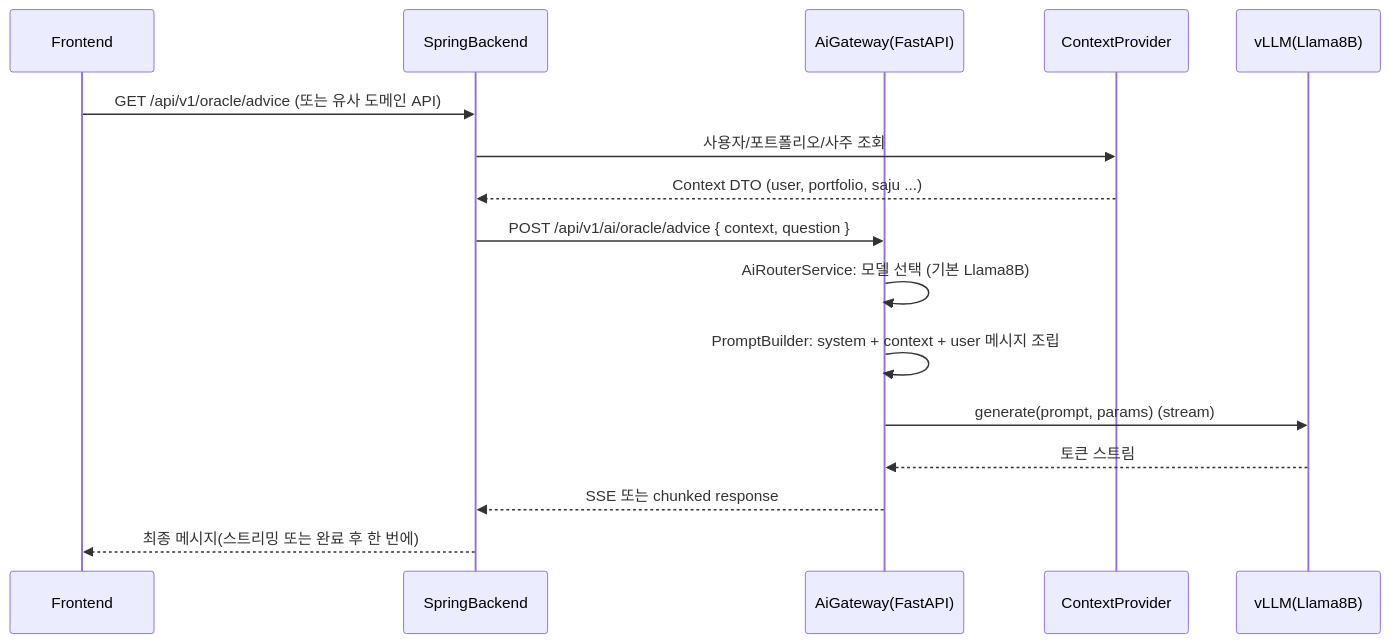
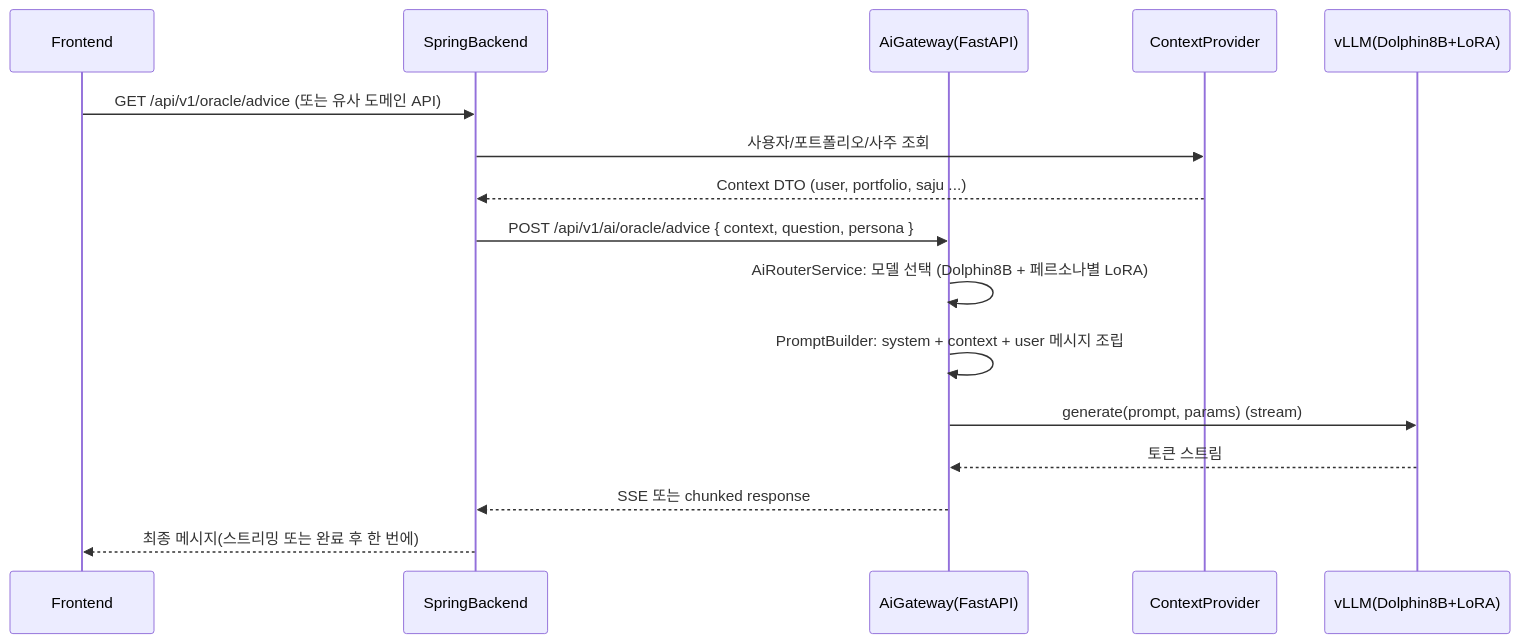
The second of 2 diagrams in docs/AI_SERVER_SPEC.md (madcamp02-web-project/madcamp02-Backend), drawn with Mermaid before and after one commit. The commit also changed other lines of this file and 7 other files, not shown here.

````diff
--- a/docs/AI_SERVER_SPEC.md
+++ b/docs/AI_SERVER_SPEC.md
@@ -127,19 +132,19 @@
 ```mermaid
 sequenceDiagram
   participant FE as Frontend
   participant SB as SpringBackend
   participant AI as AiGateway(FastAPI)
   participant CTX as ContextProvider
-  participant LLM as vLLM(Llama8B)
+  participant LLM as vLLM(Dolphin8B+LoRA)
 
   FE->>SB: GET /api/v1/oracle/advice (또는 유사 도메인 API)
   SB->>CTX: 사용자/포트폴리오/사주 조회
   CTX-->>SB: Context DTO (user, portfolio, saju ...)
-  SB->>AI: POST /api/v1/ai/oracle/advice { context, question }
-  AI->>AI: AiRouterService: 모델 선택 (기본 Llama8B)
+  SB->>AI: POST /api/v1/ai/oracle/advice { context, question, persona }
+  AI->>AI: AiRouterService: 모델 선택 (Dolphin8B + 페르소나별 LoRA)
   AI->>AI: PromptBuilder: system + context + user 메시지 조립
   AI->>LLM: generate(prompt, params) (stream)
   LLM-->>AI: 토큰 스트림
   AI-->>SB: SSE 또는 chunked response
   SB-->>FE: 최종 메시지(스트리밍 또는 완료 후 한 번에)
 ```
````
